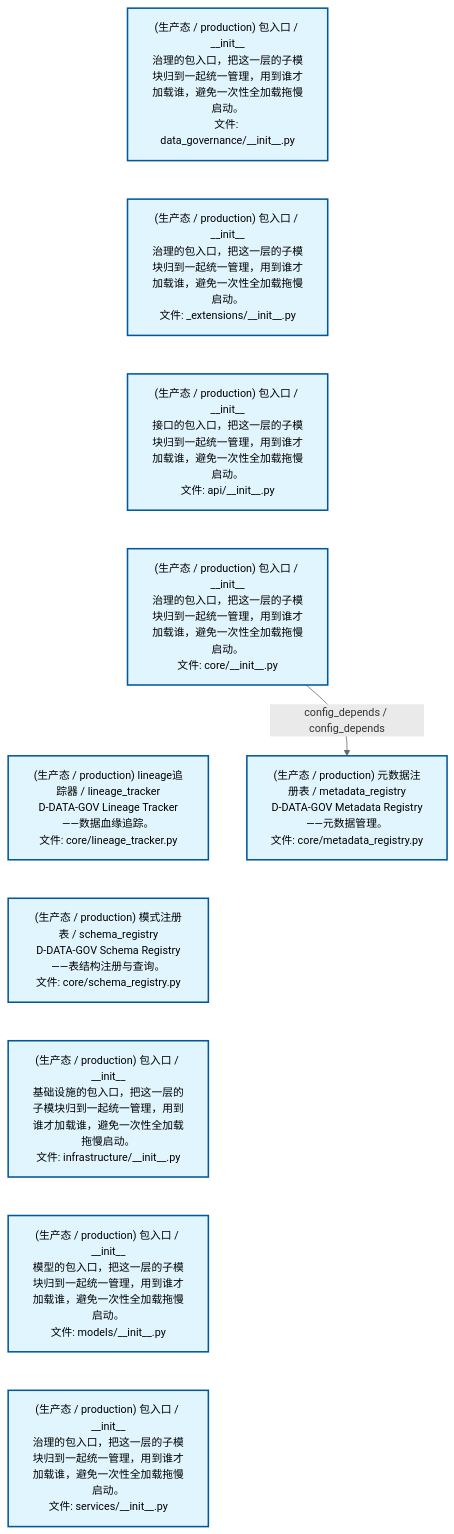
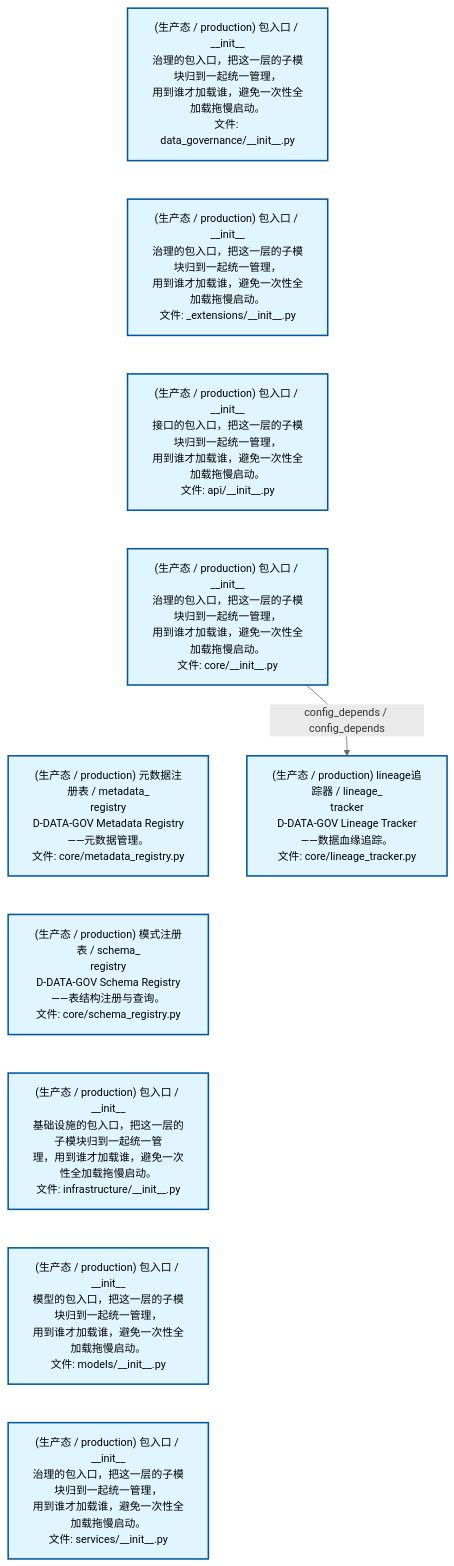
One commit to xuanFelixVan/ZephyrAlpha changed the first of 2 diagrams in docs/02_enterprise_architecture/02_domain_architecture_docs/13_d_data_gov.md. Above: the diagram before and after it, drawn with Mermaid. The commit also changed other lines of this file and 61 other files, not shown here.

````diff
--- a/docs/02_enterprise_architecture/02_domain_architecture_docs/13_d_data_gov.md
+++ b/docs/02_enterprise_architecture/02_domain_architecture_docs/13_d_data_gov.md
@@ -53,28 +53,28 @@
 ```mermaid
 %%{init: {'theme': 'base', 'themeVariables': {'primaryColor': '#eaeaea', 'primaryTextColor': '#333333', 'primaryBorderColor': '#666666', 'lineColor': '#666666', 'secondaryColor': '#eaeaea', 'tertiaryColor': '#eaeaea', 'fontSize': '14px'}}}%%
 flowchart TD
-    src_zephyr_data_governance_init_py["(生产态 / production) 包入口 / __init__<br/>治理的包入口，把这一层的子模块归到一起统一管理，用到谁才加载谁，避免一次性全加载拖慢启动。<br/>文件: data_governance/__init__.py"]
-    src_zephyr_data_governance_extensions_init_py["(生产态 / production) 包入口 / __init__<br/>治理的包入口，把这一层的子模块归到一起统一管理，用到谁才加载谁，避免一次性全加载拖慢启动。<br/>文件: _extensions/__init__.py"]
-    src_zephyr_data_governance_api_init_py["(生产态 / production) 包入口 / __init__<br/>接口的包入口，把这一层的子模块归到一起统一管理，用到谁才加载谁，避免一次性全加载拖慢启动。<br/>文件: api/__init__.py"]
-    src_zephyr_data_governance_core_init_py["(生产态 / production) 包入口 / __init__<br/>治理的包入口，把这一层的子模块归到一起统一管理，用到谁才加载谁，避免一次性全加载拖慢启动。<br/>文件: core/__init__.py"]
-    src_zephyr_data_governance_core_lineage_tracker_py["(生产态 / production) lineage追踪器 / lineage_tracker<br/>D-DATA-GOV Lineage Tracker——数据血缘追踪。<br/>文件: core/lineage_tracker.py"]
-    src_zephyr_data_governance_core_schema_registry_py["(生产态 / production) 模式注册表 / schema_registry<br/>D-DATA-GOV Schema Registry——表结构注册与查询。<br/>文件: core/schema_registry.py"]
-    src_zephyr_data_governance_infrastructure_init_py["(生产态 / production) 包入口 / __init__<br/>基础设施的包入口，把这一层的子模块归到一起统一管理，用到谁才加载谁，避免一次性全加载拖慢启动。<br/>文件: infrastructure/__init__.py"]
-    src_zephyr_data_governance_models_init_py["(生产态 / production) 包入口 / __init__<br/>模型的包入口，把这一层的子模块归到一起统一管理，用到谁才加载谁，避免一次性全加载拖慢启动。<br/>文件: models/__init__.py"]
-    src_zephyr_data_governance_services_init_py["(生产态 / production) 包入口 / __init__<br/>治理的包入口，把这一层的子模块归到一起统一管理，用到谁才加载谁，避免一次性全加载拖慢启动。<br/>文件: services/__init__.py"]
+    src_zephyr_data_governance_init_py["(生产态 / production) 包入口 / __init__<br/>治理的包入口，把这一层的子模块归到一起统一管理，<br/>用到谁才加载谁，避免一次性全加载拖慢启动。<br/>文件: data_governance/__init__.py"]
+    src_zephyr_data_governance_extensions_init_py["(生产态 / production) 包入口 / __init__<br/>治理的包入口，把这一层的子模块归到一起统一管理，<br/>用到谁才加载谁，避免一次性全加载拖慢启动。<br/>文件: _extensions/__init__.py"]
+    src_zephyr_data_governance_api_init_py["(生产态 / production) 包入口 / __init__<br/>接口的包入口，把这一层的子模块归到一起统一管理，<br/>用到谁才加载谁，避免一次性全加载拖慢启动。<br/>文件: api/__init__.py"]
+    src_zephyr_data_governance_core_init_py["(生产态 / production) 包入口 / __init__<br/>治理的包入口，把这一层的子模块归到一起统一管理，<br/>用到谁才加载谁，避免一次性全加载拖慢启动。<br/>文件: core/__init__.py"]
+    src_zephyr_data_governance_core_metadata_registry_py["(生产态 / production) 元数据注册表 / metadata_<br/>registry<br/>D-DATA-GOV Metadata Registry——元数据管理。<br/>文件: core/metadata_registry.py"]
+    src_zephyr_data_governance_core_schema_registry_py["(生产态 / production) 模式注册表 / schema_<br/>registry<br/>D-DATA-GOV Schema Registry——表结构注册与查询。<br/>文件: core/schema_registry.py"]
+    src_zephyr_data_governance_infrastructure_init_py["(生产态 / production) 包入口 / __init__<br/>基础设施的包入口，把这一层的子模块归到一起统一管<br/>理，用到谁才加载谁，避免一次性全加载拖慢启动。<br/>文件: infrastructure/__init__.py"]
+    src_zephyr_data_governance_models_init_py["(生产态 / production) 包入口 / __init__<br/>模型的包入口，把这一层的子模块归到一起统一管理，<br/>用到谁才加载谁，避免一次性全加载拖慢启动。<br/>文件: models/__init__.py"]
+    src_zephyr_data_governance_services_init_py["(生产态 / production) 包入口 / __init__<br/>治理的包入口，把这一层的子模块归到一起统一管理，<br/>用到谁才加载谁，避免一次性全加载拖慢启动。<br/>文件: services/__init__.py"]
     src_zephyr_data_governance_init_py ~~~ src_zephyr_data_governance_extensions_init_py
     src_zephyr_data_governance_extensions_init_py ~~~ src_zephyr_data_governance_api_init_py
     src_zephyr_data_governance_api_init_py ~~~ src_zephyr_data_governance_core_init_py
-    src_zephyr_data_governance_core_init_py ~~~ src_zephyr_data_governance_core_lineage_tracker_py
-    src_zephyr_data_governance_core_lineage_tracker_py ~~~ src_zephyr_data_governance_core_schema_registry_py
+    src_zephyr_data_governance_core_init_py ~~~ src_zephyr_data_governance_core_metadata_registry_py
+    src_zephyr_data_governance_core_metadata_registry_py ~~~ src_zephyr_data_governance_core_schema_registry_py
     src_zephyr_data_governance_core_schema_registry_py ~~~ src_zephyr_data_governance_infrastructure_init_py
     src_zephyr_data_governance_infrastructure_init_py ~~~ src_zephyr_data_governance_models_init_py
     src_zephyr_data_governance_models_init_py ~~~ src_zephyr_data_governance_services_init_py
-    src_zephyr_data_governance_core_metadata_registry_py["(生产态 / production) 元数据注册表 / metadata_registry<br/>D-DATA-GOV Metadata Registry——元数据管理。<br/>文件: core/metadata_registry.py"]
-    src_zephyr_data_governance_core_init_py -->|config_depends / config_depends| src_zephyr_data_governance_core_metadata_registry_py
+    src_zephyr_data_governance_core_lineage_tracker_py["(生产态 / production) lineage追踪器 / lineage_<br/>tracker<br/>D-DATA-GOV Lineage Tracker——数据血缘追踪。<br/>文件: core/lineage_tracker.py"]
+    src_zephyr_data_governance_core_init_py -->|config_depends / config_depends| src_zephyr_data_governance_core_lineage_tracker_py
     classDef production fill:#e1f5fe,stroke:#01579b,stroke-width:2px,color:#000
     classDef design fill:#fff3e0,stroke:#e65100,stroke-width:2px,color:#000,stroke-dasharray: 5 5
     classDef external_prod fill:#e8f4fd,stroke:#0277bd,stroke-width:1px,color:#000
     classDef external_design fill:#fff8e7,stroke:#ef6c00,stroke-width:1px,color:#000,stroke-dasharray: 5 5
     class src_zephyr_data_governance_init_py,src_zephyr_data_governance_extensions_init_py,src_zephyr_data_governance_api_init_py,src_zephyr_data_governance_core_init_py,src_zephyr_data_governance_core_lineage_tracker_py,src_zephyr_data_governance_core_metadata_registry_py,src_zephyr_data_governance_core_schema_registry_py,src_zephyr_data_governance_infrastructure_init_py,src_zephyr_data_governance_models_init_py,src_zephyr_data_governance_services_init_py production
 ```
````
